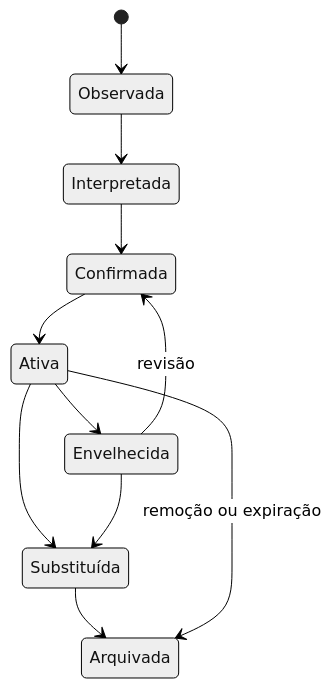
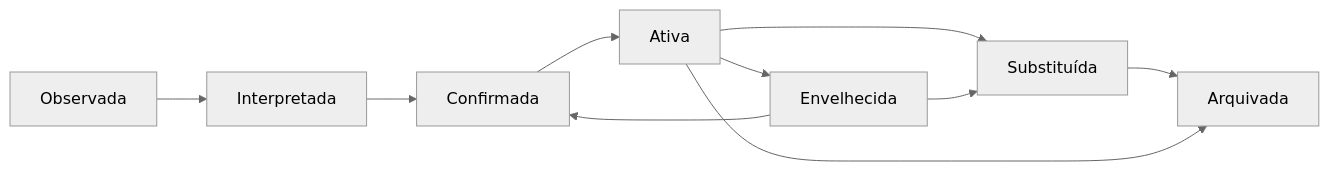
Before and after one commit to guivos-repositorio/Guivos-Knowledge-Repository: the eighth of 9 diagrams in docs/product-architecture/pas-001-guivos-journey.md, drawn with Mermaid (neutral theme). The commit also changed other lines of this file, not shown here.

Commit message:
fix: harden PAS Mermaid diagrams for cross-renderer compatibility

````diff
--- a/docs/product-architecture/pas-001-guivos-journey.md
+++ b/docs/product-architecture/pas-001-guivos-journey.md
@@ -593,13 +638,20 @@
 ```mermaid
-stateDiagram-v2
-    [*] --> Observada
-    Observada --> Interpretada
-    Interpretada --> Confirmada
-    Confirmada --> Ativa
-    Ativa --> Envelhecida
-    Ativa --> Substituída
-    Envelhecida --> Confirmada: revisão
-    Envelhecida --> Substituída
-    Substituída --> Arquivada
-    Ativa --> Arquivada: remoção ou expiração
+flowchart LR
+    A["Observada"]
+    B["Interpretada"]
+    C["Confirmada"]
+    D["Ativa"]
+    E["Envelhecida"]
+    F["Substituída"]
+    G["Arquivada"]
+
+    A --> B
+    B --> C
+    C --> D
+    D --> E
+    D --> F
+    E --> C
+    E --> F
+    F --> G
+    D --> G
 ```
````
